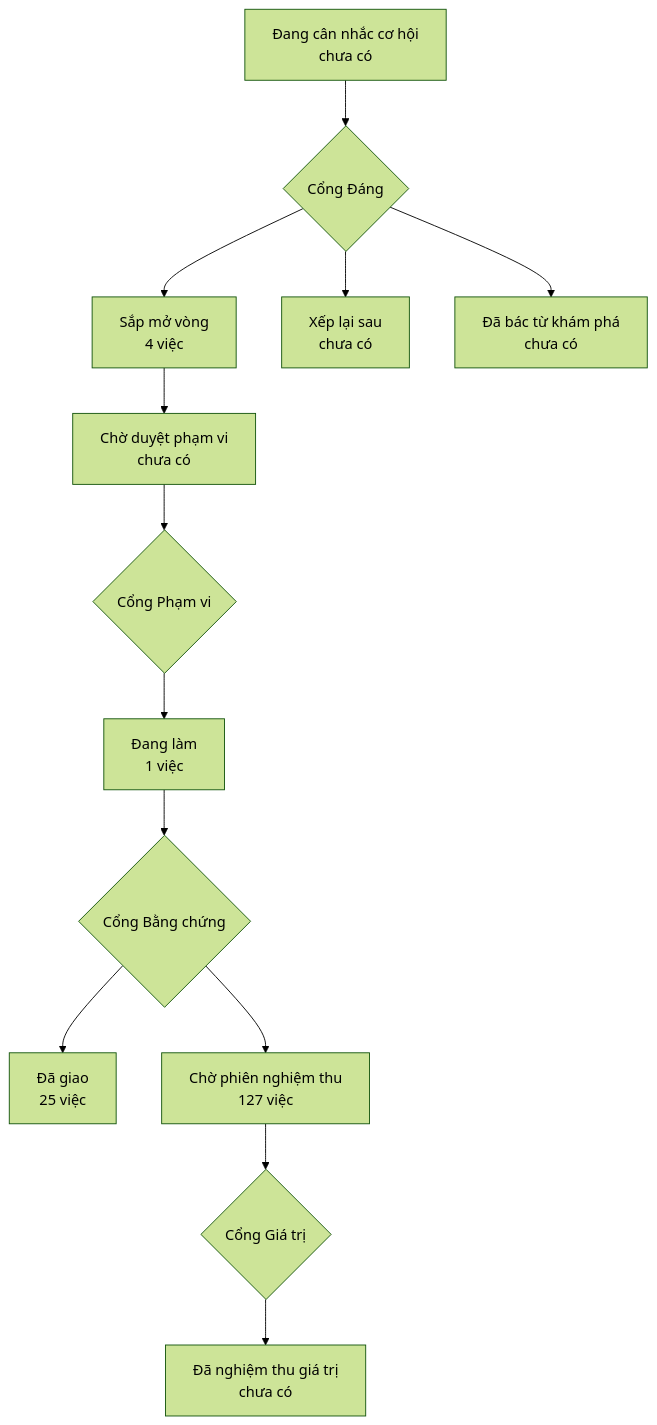
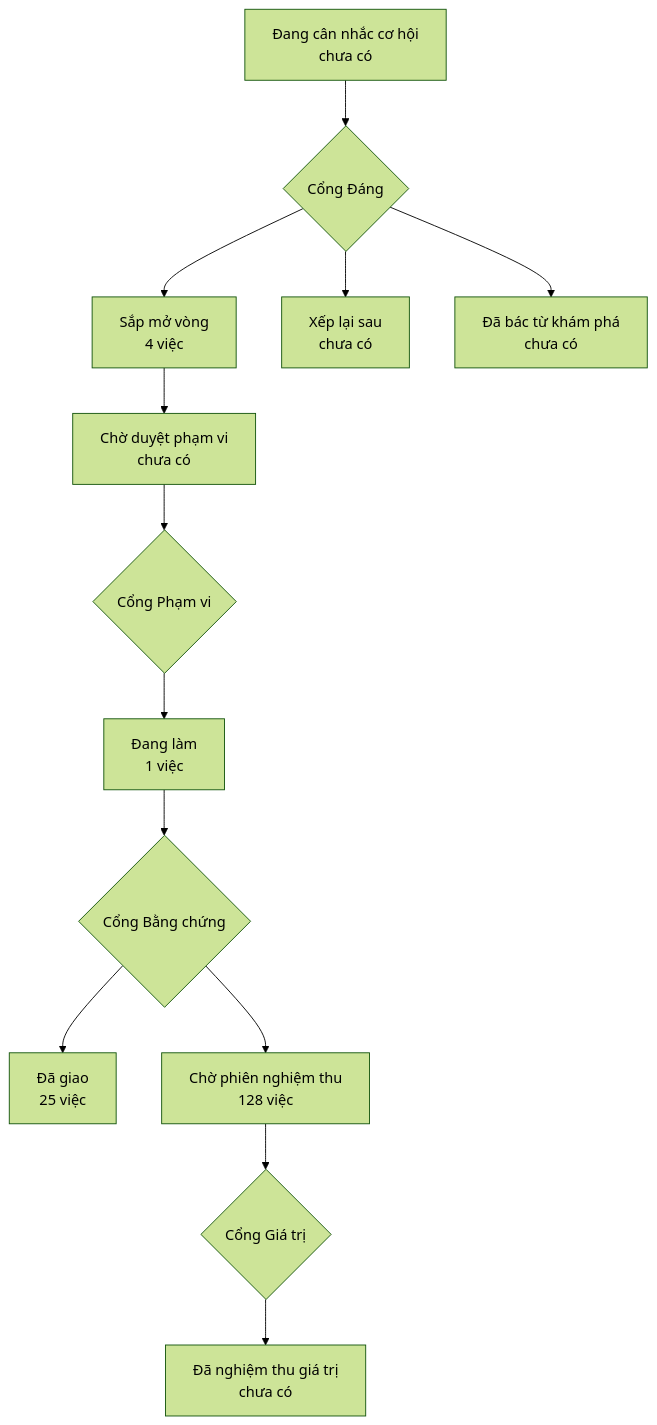
Before and after one commit to phanlemanh/onehub-quy-hang: the diagram in PRODUCT-MAP.md, drawn with Mermaid (forest theme). The commit also changed other lines of this file and 1 other file, not shown here.

Commit message:
chore: vẽ lại bản đồ sau gộp main

````diff
--- a/PRODUCT-MAP.md
+++ b/PRODUCT-MAP.md
@@ -7,12 +7,12 @@
 ```mermaid
 flowchart TD
   A["Đang cân nhắc cơ hội<br/>chưa có"] --> GD{"Cổng Đáng"}
   GD --> B["Sắp mở vòng<br/>4 việc"]
   GD --> XL["Xếp lại sau<br/>chưa có"]
   GD --> DB["Đã bác từ khám phá<br/>chưa có"]
   B --> CD["Chờ duyệt phạm vi<br/>chưa có"] --> GP{"Cổng Phạm vi"}
   GP --> DL["Đang làm<br/>1 việc"] --> GB{"Cổng Bằng chứng"}
   GB --> DG["Đã giao<br/>25 việc"]
-  GB --> CN["Chờ phiên nghiệm thu<br/>127 việc"] --> GG{"Cổng Giá trị"}
+  GB --> CN["Chờ phiên nghiệm thu<br/>128 việc"] --> GG{"Cổng Giá trị"}
   GG --> NT["Đã nghiệm thu giá trị<br/>chưa có"]
 ```
````
